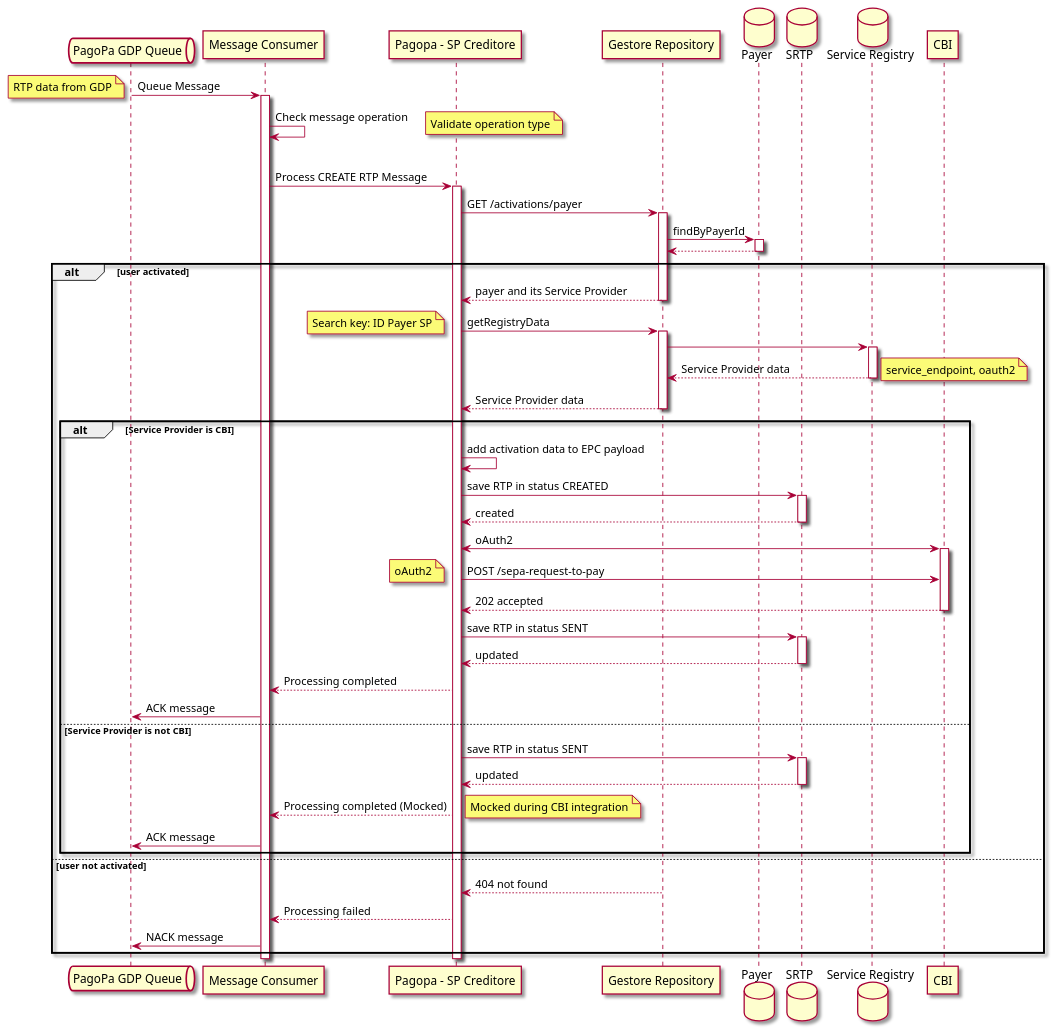
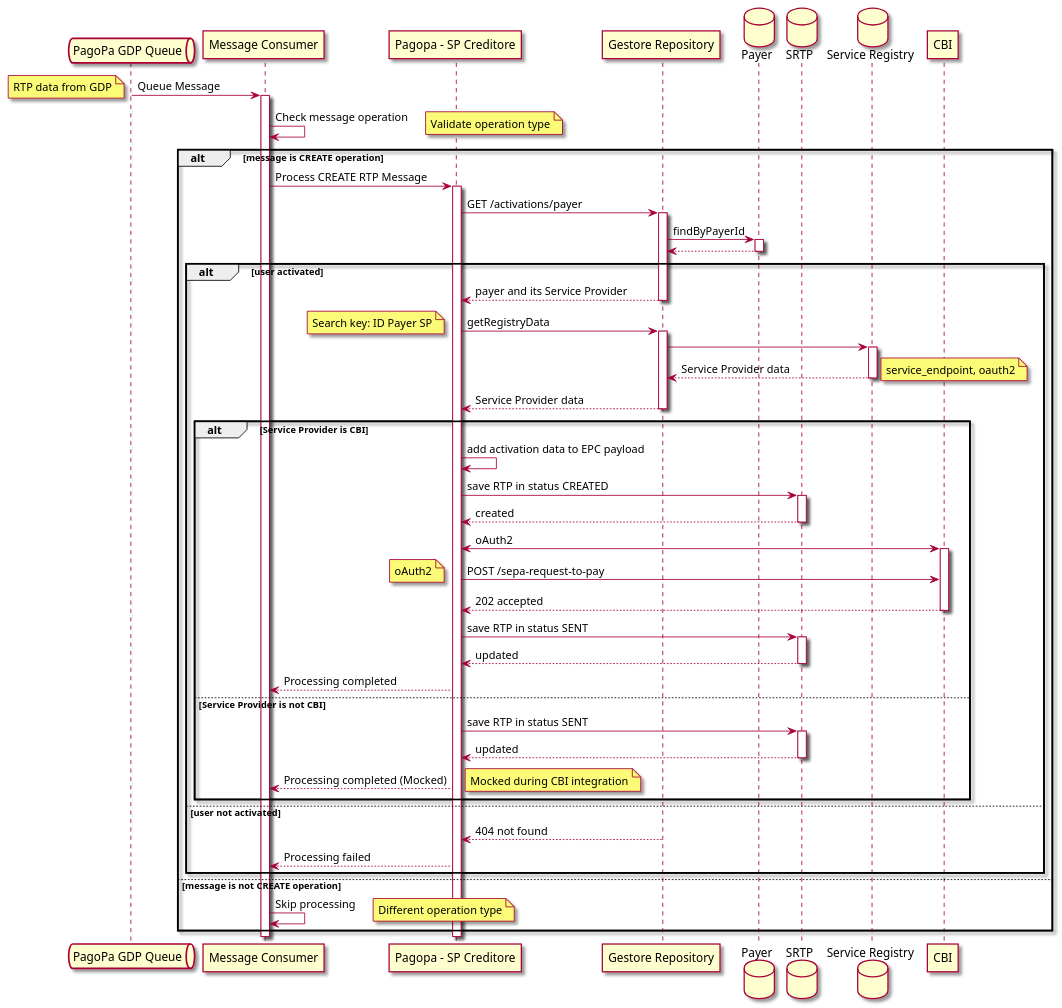
One commit to pagopa/rtp-docs changed the diagram in diagrams/create-queue-schema.puml. Above: the diagram before and after it, drawn with PlantUML. The commit also changed 1 other file, not shown here.

Commit message:
Update create schema and add the delete schema.

```diff
--- a/diagrams/create-queue-schema.puml
+++ b/diagrams/create-queue-schema.puml
@@ -1,75 +1,76 @@
 @startuml
 skin rose
 queue "PagoPa GDP Queue" as Queue
 participant "Message Consumer" as Consumer
 participant "Pagopa - SP Creditore" as SPC
 participant "Gestore Repository" as GR
 database "Payer" as Payer
 database "SRTP" as SRTP
 database "Service Registry" as SR
 participant "CBI" as SPD
 
 Queue -> Consumer: Queue Message
 note left: RTP data from GDP
 activate Consumer
 Consumer -> Consumer: Check message operation
 note right: Validate operation type
 alt message is CREATE operation
 Consumer -> SPC: Process CREATE RTP Message
 activate SPC
 SPC -> GR: GET /activations/payer
 activate GR
 GR -> Payer: findByPayerId
 activate Payer
 Payer --> GR
 deactivate Payer
 alt user activated
 GR --> SPC: payer and its Service Provider
 deactivate GR
 SPC -> GR: getRegistryData
 note left: Search key: ID Payer SP
 activate GR
 GR -> SR
 activate SR
 SR --> GR: Service Provider data
 note right: service_endpoint, oauth2
 deactivate SR
 GR --> SPC: Service Provider data
 deactivate GR
 alt Service Provider is CBI
 SPC -> SPC: add activation data to EPC payload
 SPC -> SRTP: save RTP in status CREATED
 activate SRTP
 SRTP --> SPC: created
 deactivate SRTP
 SPC <-> SPD: oAuth2
 activate SPD
 SPC -> SPD: POST /sepa-request-to-pay
 note left: oAuth2
 SPD --> SPC: 202 accepted
 deactivate SPD
 SPC -> SRTP: save RTP in status SENT
 activate SRTP
 SRTP --> SPC: updated
 deactivate SRTP
 SPC --> Consumer: Processing completed
-Consumer -> Queue: ACK message
 else Service Provider is not CBI
 SPC -> SRTP: save RTP in status SENT
 activate SRTP
 SRTP --> SPC: updated
 deactivate SRTP
 SPC --> Consumer: Processing completed (Mocked)
 note right: Mocked during CBI integration
-Consumer -> Queue: ACK message
 end
 else user not activated
 activate GR
 GR --> SPC: 404 not found
 deactivate GR
 SPC --> Consumer: Processing failed
-Consumer -> Queue: NACK message
+end
+else message is not CREATE operation
+Consumer -> Consumer: Skip processing
+note right: Different operation type
 end
 deactivate SPC
 deactivate Consumer
 @enduml
```
